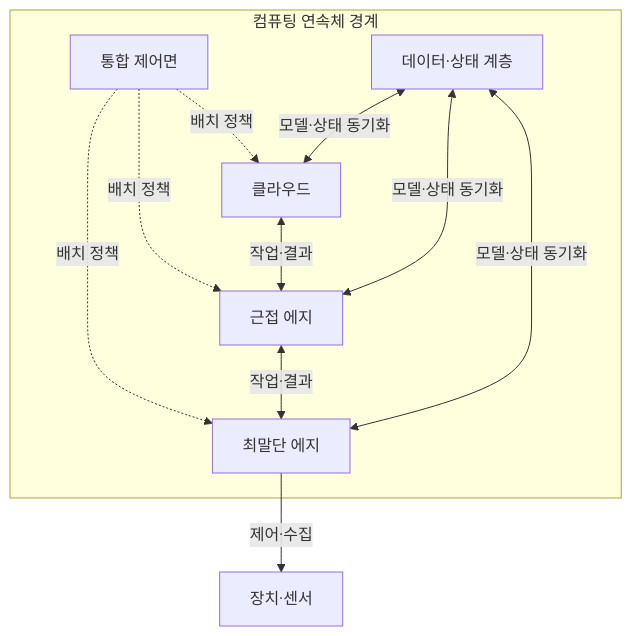
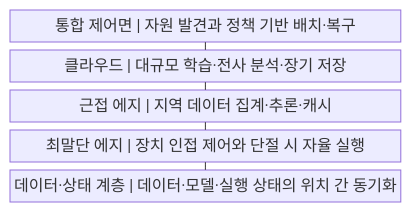
One commit to agnusdei1207/knowledge-base changed the first of 2 diagrams in src/content/docs/notes/04-network/048_computing_continuum.md. Above: the diagram before and after it, drawn with Mermaid. The commit also changed other lines of this file and 20 other files, not shown here.

````diff
--- a/src/content/docs/notes/04-network/048_computing_continuum.md
+++ b/src/content/docs/notes/04-network/048_computing_continuum.md
@@ -56,19 +56,13 @@
 ```mermaid
-flowchart TB
-    subgraph C[컴퓨팅 연속체 경계]
-        CTRL[통합 제어면]
-        CLOUD[클라우드]
-        NEAR[근접 에지]
-        FAR[최말단 에지]
-        STATE[데이터·상태 계층]
-        CTRL -.->|배치 정책| CLOUD
-        CTRL -.->|배치 정책| NEAR
-        CTRL -.->|배치 정책| FAR
-        CLOUD <-->|작업·결과| NEAR
-        NEAR <-->|작업·결과| FAR
-        STATE <-->|모델·상태 동기화| CLOUD
-        STATE <-->|모델·상태 동기화| NEAR
-        STATE <-->|모델·상태 동기화| FAR
-    end
-    FAR -->|제어·수집| DEV[장치·센서]
+block
+    columns 1
+    A["통합 제어면 | 자원 발견과 정책 기반 배치·복구"]
+    B["클라우드 | 대규모 학습·전사 분석·장기 저장"]
+    C["근접 에지 | 지역 데이터 집계·추론·캐시"]
+    D["최말단 에지 | 장치 인접 제어와 단절 시 자율 실행"]
+    E["데이터·상태 계층 | 데이터·모델·실행 상태의 위치 간 동기화"]
+    A --- B
+    B --- C
+    C --- D
+    D --- E
 ```
````
